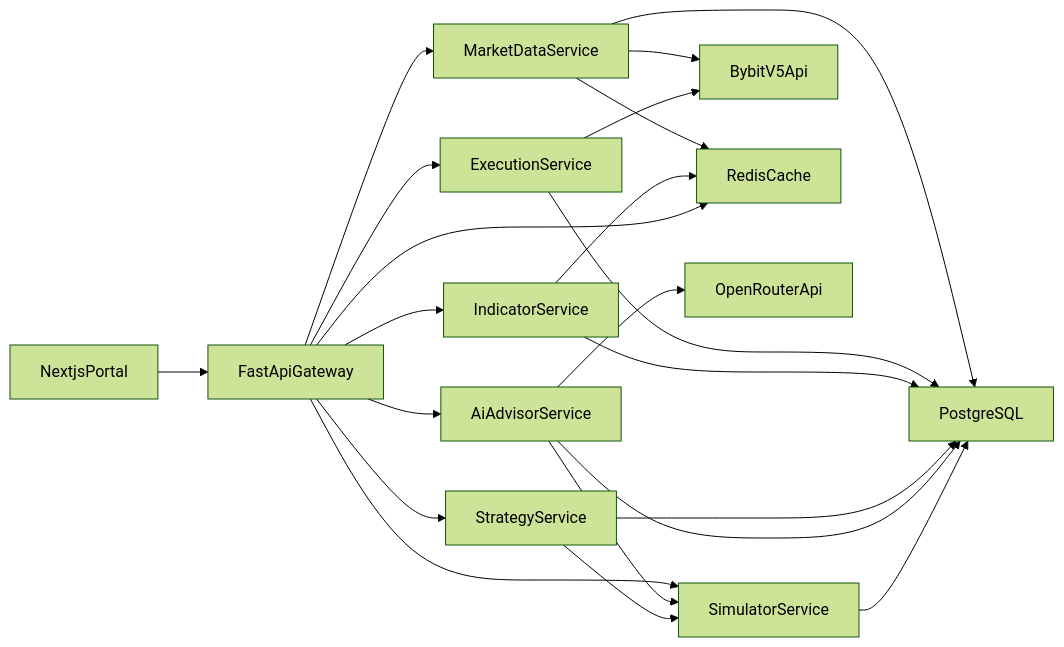
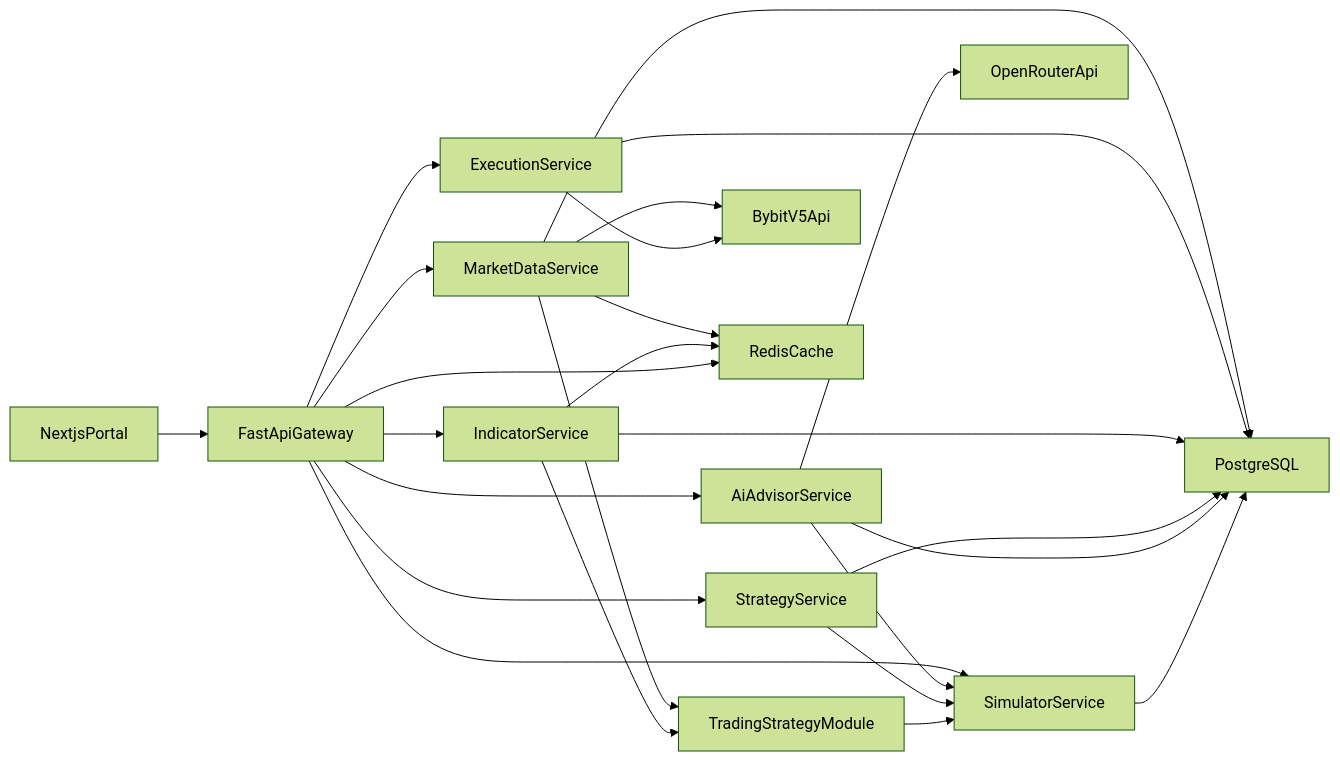
Before and after one commit to Const011/TradingPortal: the diagram in docs/brd-architecture.md, drawn with Mermaid (forest theme). The commit also changed other lines of this file and 18 other files, not shown here.

Commit message:
initial raw implementation of the trading strategy

````diff
--- a/docs/brd-architecture.md
+++ b/docs/brd-architecture.md
@@ -174,29 +175,33 @@
 ```mermaid
 flowchart LR
   nextjsUI[NextjsPortal] --> apiGateway[FastApiGateway]
 
   apiGateway --> marketDataSvc[MarketDataService]
   apiGateway --> executionSvc[ExecutionService]
   apiGateway --> indicatorSvc[IndicatorService]
   apiGateway --> strategySvc[StrategyService]
   apiGateway --> aiAdvisorSvc[AiAdvisorService]
   apiGateway --> simulatorSvc[SimulatorService]
 
   marketDataSvc --> bybitApi[BybitV5Api]
   executionSvc --> bybitApi
 
   marketDataSvc --> redisCache[RedisCache]
   indicatorSvc --> redisCache
   apiGateway --> redisCache
 
   marketDataSvc --> postgresDb[PostgreSQL]
   executionSvc --> postgresDb
   indicatorSvc --> postgresDb
   strategySvc --> postgresDb
   aiAdvisorSvc --> postgresDb
   simulatorSvc --> postgresDb
 
   aiAdvisorSvc --> openrouterApi[OpenRouterApi]
   aiAdvisorSvc --> simulatorSvc
   strategySvc --> simulatorSvc
+
+  marketDataSvc --> tradingStrategy[TradingStrategyModule]
+  indicatorSvc --> tradingStrategy
+  tradingStrategy --> simulatorSvc
 ```
````
